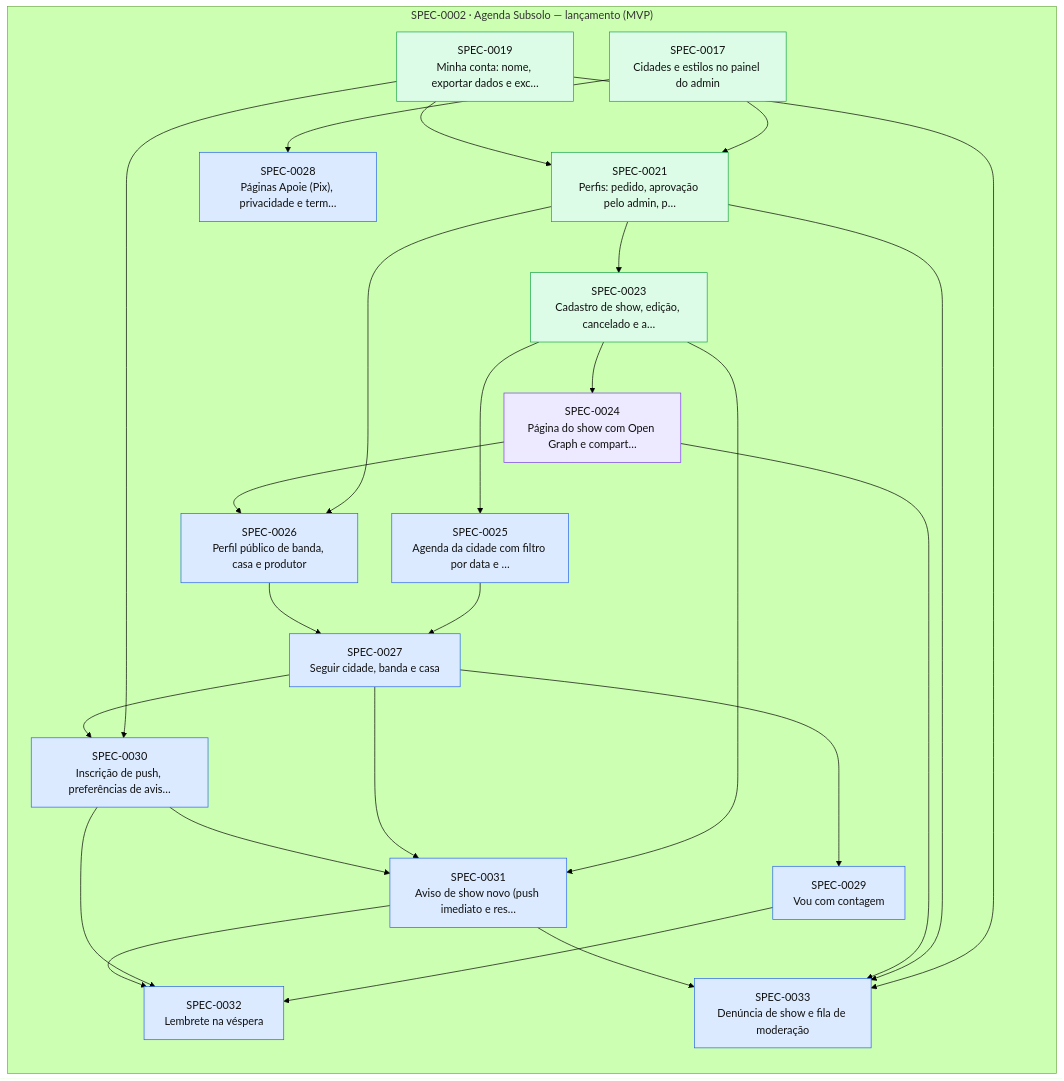
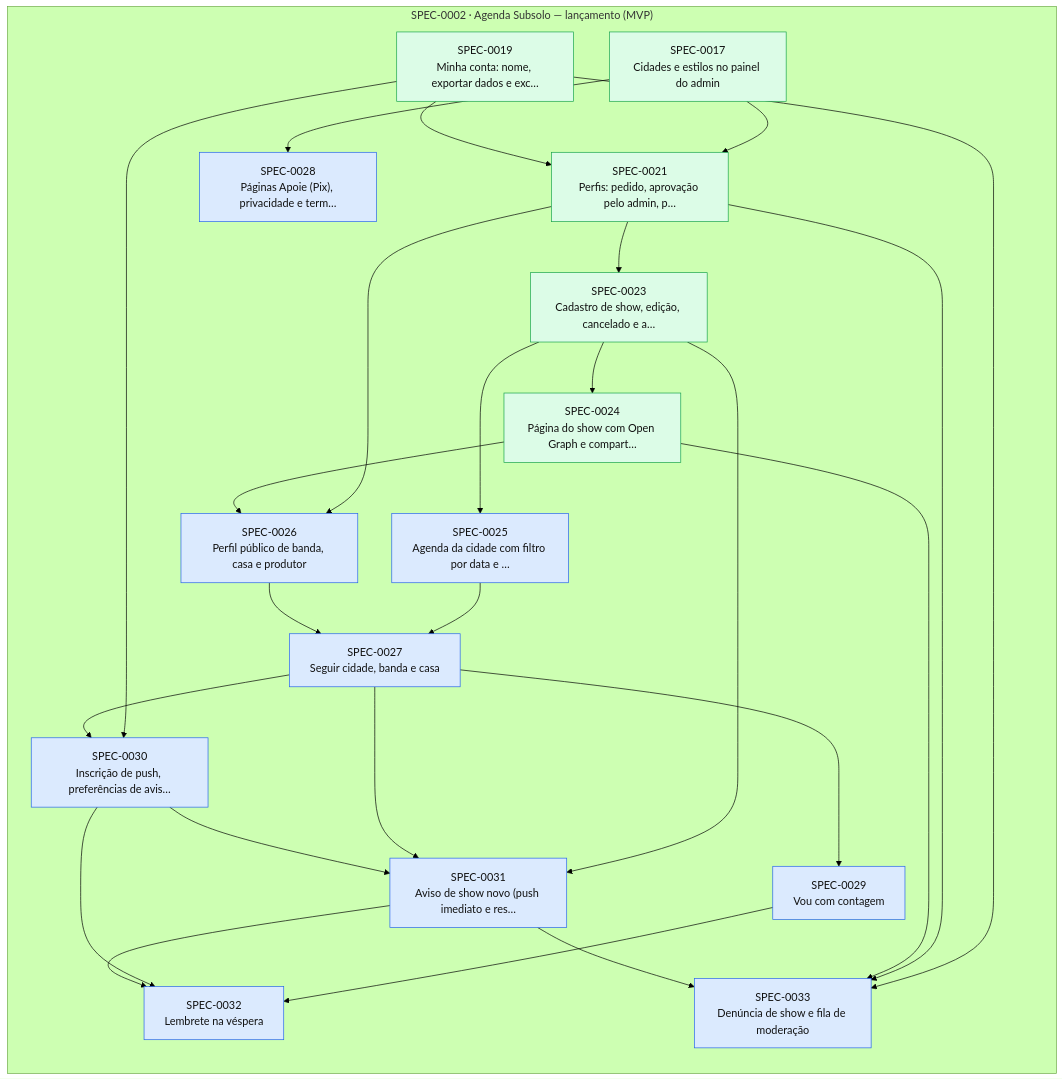
The diagram in docs/specs/INDEX.md (thomasravache/subsolo), drawn with Mermaid (forest theme) before and after one commit. The commit also changed other lines of this file and 3 other files, not shown here.

````diff
--- a/docs/specs/INDEX.md
+++ b/docs/specs/INDEX.md
@@ -75,47 +74,47 @@
 ```mermaid
 flowchart LR
   subgraph E0002["SPEC-0002 · Agenda Subsolo — lançamento (MVP)"]
     S0017["SPEC-0017<br/>Cidades e estilos no painel do admin"]:::implemented
     S0019["SPEC-0019<br/>Minha conta: nome, exportar dados e exc…"]:::implemented
     S0021["SPEC-0021<br/>Perfis: pedido, aprovação pelo admin, p…"]:::implemented
     S0023["SPEC-0023<br/>Cadastro de show, edição, cancelado e a…"]:::implemented
-    S0024["SPEC-0024<br/>Página do show com Open Graph e compart…"]:::inprogress
+    S0024["SPEC-0024<br/>Página do show com Open Graph e compart…"]:::implemented
     S0025["SPEC-0025<br/>Agenda da cidade com filtro por data e …"]:::approved
     S0026["SPEC-0026<br/>Perfil público de banda, casa e produtor"]:::approved
     S0027["SPEC-0027<br/>Seguir cidade, banda e casa"]:::approved
     S0028["SPEC-0028<br/>Páginas Apoie (Pix), privacidade e term…"]:::approved
     S0029["SPEC-0029<br/>Vou com contagem"]:::approved
     S0030["SPEC-0030<br/>Inscrição de push, preferências de avis…"]:::approved
     S0031["SPEC-0031<br/>Aviso de show novo (push imediato e res…"]:::approved
     S0032["SPEC-0032<br/>Lembrete na véspera"]:::approved
     S0033["SPEC-0033<br/>Denúncia de show e fila de moderação"]:::approved
   end
   S0017 --> S0021
   S0019 --> S0021
   S0021 --> S0023
   S0023 --> S0024
   S0023 --> S0025
   S0021 --> S0026
   S0024 --> S0026
   S0025 --> S0027
   S0026 --> S0027
   S0017 --> S0028
   S0027 --> S0029
   S0019 --> S0030
   S0027 --> S0030
   S0023 --> S0031
   S0027 --> S0031
   S0030 --> S0031
   S0029 --> S0032
   S0030 --> S0032
   S0031 --> S0032
   S0019 --> S0033
   S0021 --> S0033
   S0024 --> S0033
   S0031 --> S0033
   classDef proposed fill:#fef3c7,stroke:#d97706,color:#111
   classDef approved fill:#dbeafe,stroke:#2563eb,color:#111
   classDef inprogress fill:#ede9fe,stroke:#7c3aed,color:#111
   classDef implemented fill:#dcfce7,stroke:#16a34a,color:#111
   classDef deprecated fill:#f3f4f6,stroke:#9ca3af,color:#6b7280
 ```
````
